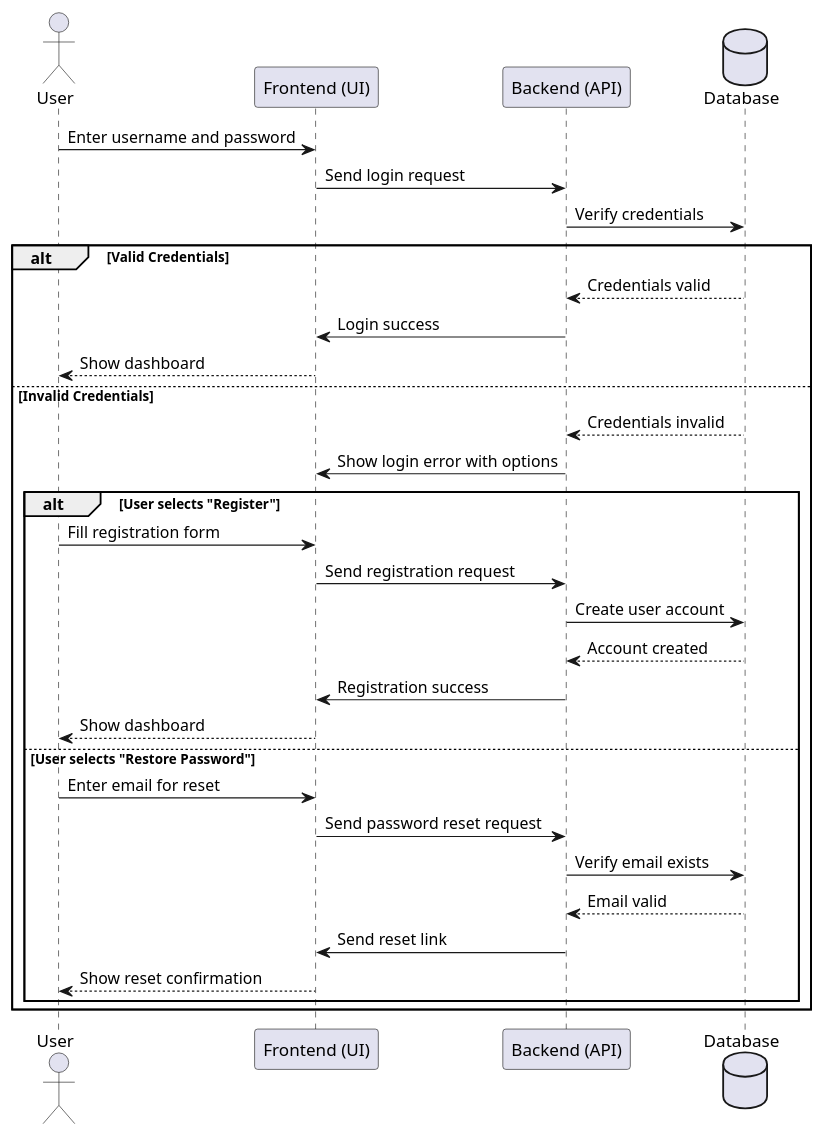
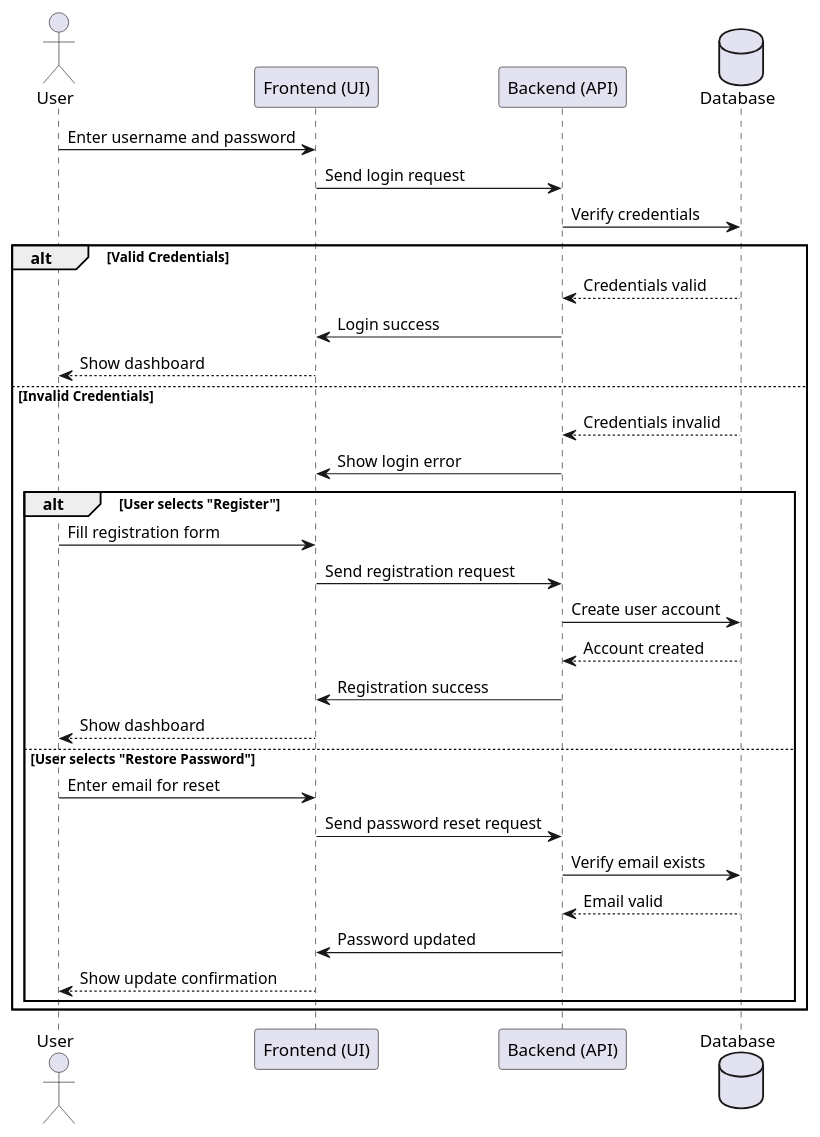
Before and after one commit to roei910/my-stocks: the diagram in oop course/draws/sequence diagrams/userConnection.puml, drawn with PlantUML. The commit also changed 10 other files, not shown here.

```diff
--- a/oop course/draws/sequence diagrams/userConnection.puml
+++ b/oop course/draws/sequence diagrams/userConnection.puml
@@ -1,33 +1,33 @@
 @startuml
 actor User
 participant "Frontend (UI)" as UI
 participant "Backend (API)" as API
 database Database
 
 User -> UI: Enter username and password
 UI -> API: Send login request
 API -> Database: Verify credentials
 alt Valid Credentials
     Database --> API: Credentials valid
     API -> UI: Login success
     UI --> User: Show dashboard
 else Invalid Credentials
     Database --> API: Credentials invalid
-    API -> UI: Show login error with options
+    API -> UI: Show login error
     alt User selects "Register"
         User -> UI: Fill registration form
         UI -> API: Send registration request
         API -> Database: Create user account
         Database --> API: Account created
         API -> UI: Registration success
         UI --> User: Show dashboard
     else User selects "Restore Password"
         User -> UI: Enter email for reset
         UI -> API: Send password reset request
         API -> Database: Verify email exists
         Database --> API: Email valid
-        API -> UI: Send reset link
-        UI --> User: Show reset confirmation
+        API -> UI: Password updated
+        UI --> User: Show update confirmation
     end
 end
 @enduml
```
